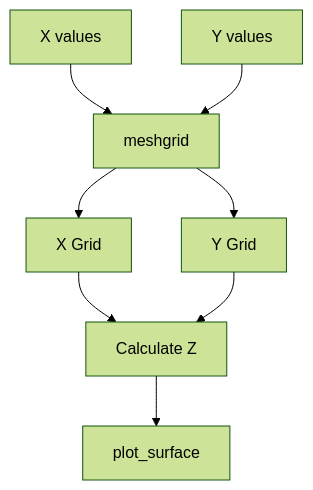
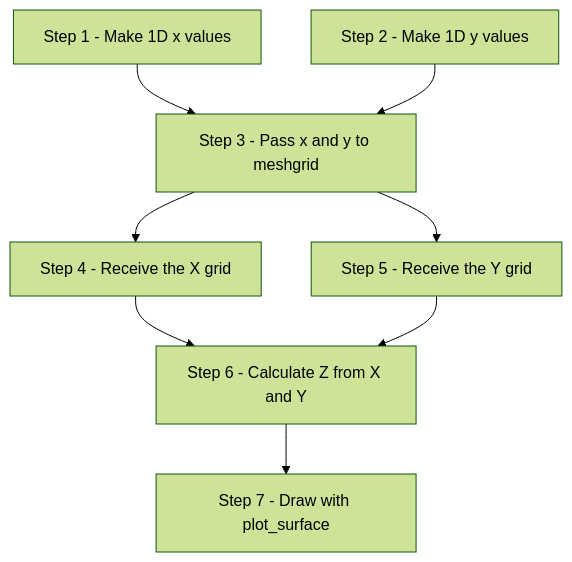
Before and after one commit to ag999git/001-mkdocs: the second of 5 diagrams in docs/15-matplotlib/090-ch15-3d-plot.md, drawn with Mermaid (forest theme). The commit also changed other lines of this file, not shown here.

````diff
--- a/docs/15-matplotlib/090-ch15-3d-plot.md
+++ b/docs/15-matplotlib/090-ch15-3d-plot.md
@@ -270,17 +513,10 @@
 ```mermaid
 flowchart TD
-
-A[X values]
-B[Y values]
-
-A --> C[meshgrid]
-B --> C
-
-C --> D[X Grid]
-C --> E[Y Grid]
-
-D --> F[Calculate Z]
-E --> F
-
-F --> G[plot_surface]
+    A[Step 1 - Make 1D x values] --> C[Step 3 - Pass x and y to meshgrid]
+    B[Step 2 - Make 1D y values] --> C
+    C --> D[Step 4 - Receive the X grid]
+    C --> E[Step 5 - Receive the Y grid]
+    D --> F[Step 6 - Calculate Z from X and Y]
+    E --> F
+    F --> G[Step 7 - Draw with plot_surface]
 ```
````
